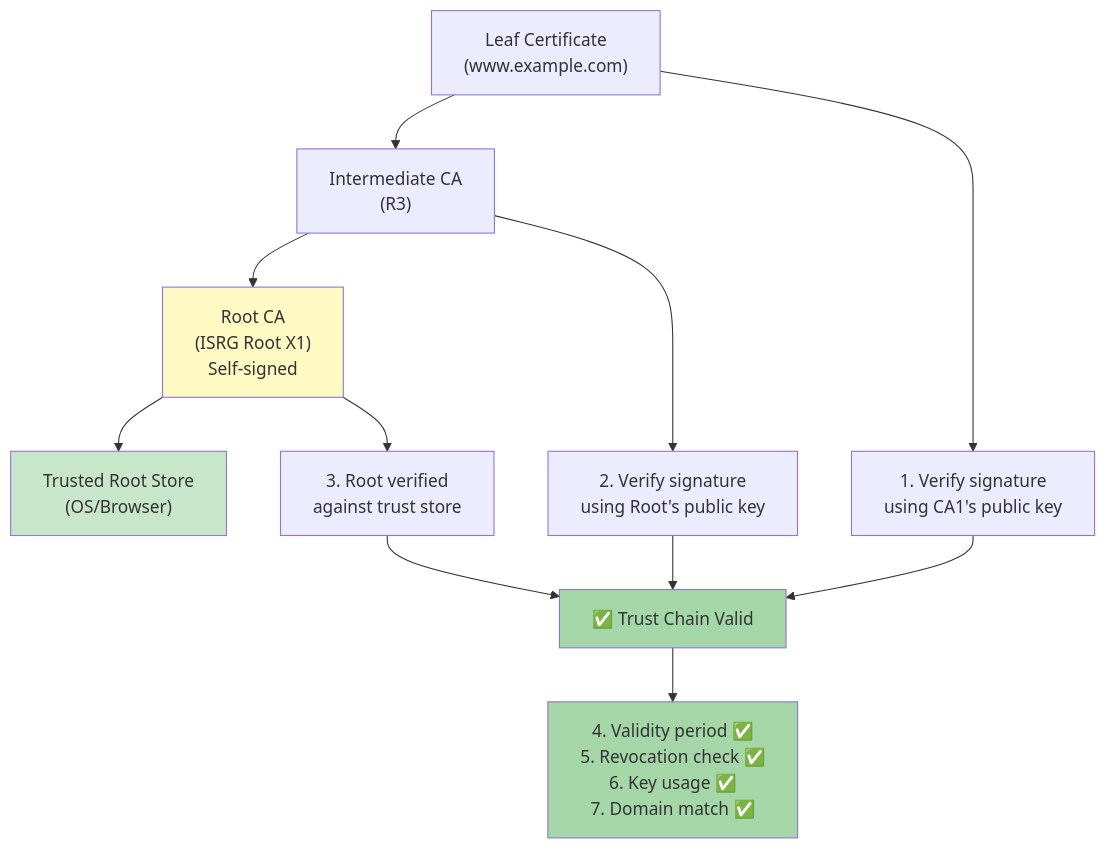
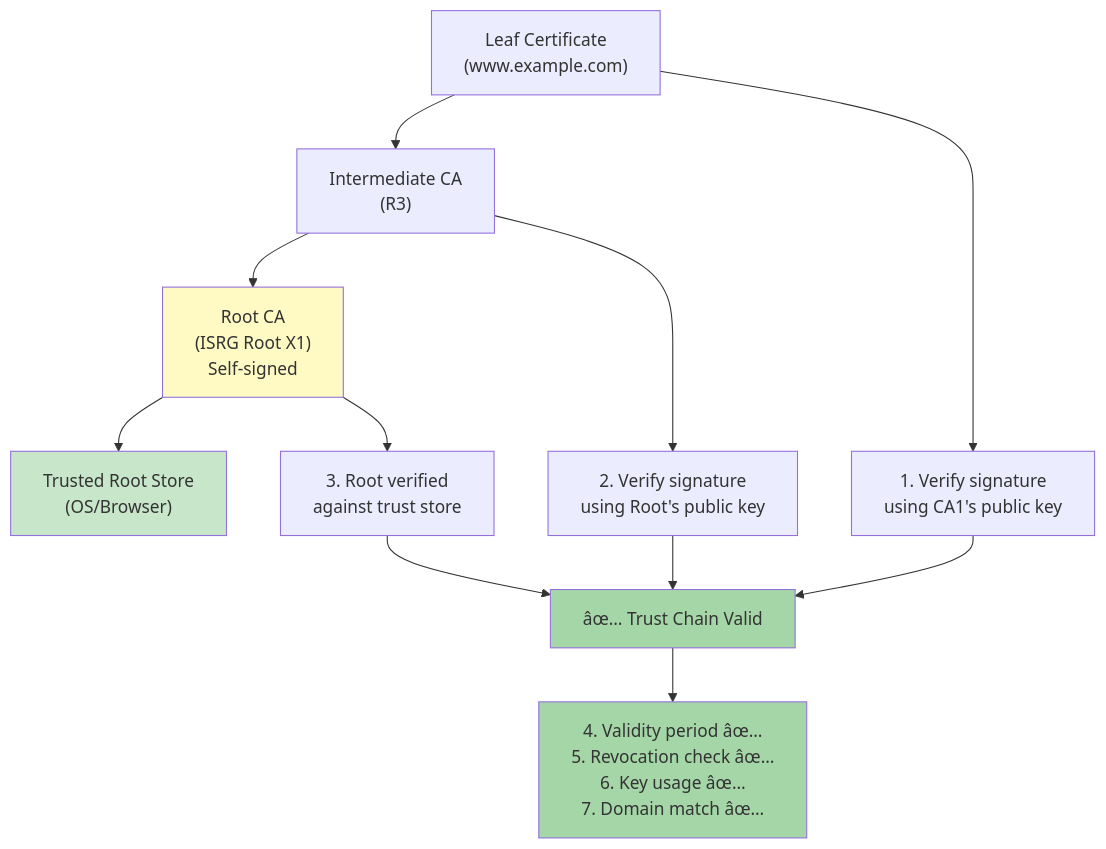
The second of 4 diagrams in docs/courses/information-security/04-digital-signatures-pki.md (Raushan666java/ai-engineering-journey), drawn with Mermaid before and after one commit. The commit also changed other lines of this file and 735 other files, not shown here.

````diff
--- a/docs/courses/information-security/04-digital-signatures-pki.md
+++ b/docs/courses/information-security/04-digital-signatures-pki.md
@@ -171,17 +171,17 @@
 ```mermaid
 flowchart TD
     Leaf["Leaf Certificate<br/>(www.example.com)"] --> CA1["Intermediate CA<br/>(R3)"]
     CA1 --> Root["Root CA<br/>(ISRG Root X1)<br/>Self-signed"]
     Root --> Trust["Trusted Root Store<br/>(OS/Browser)"]
     Leaf --> V1["1. Verify signature<br/>using CA1's public key"]
     CA1 --> V2["2. Verify signature<br/>using Root's public key"]
     Root --> V3["3. Root verified<br/>against trust store"]
-    V1 --> Chain["✅ Trust Chain Valid"]
+    V1 --> Chain["âœ… Trust Chain Valid"]
     V2 --> Chain
     V3 --> Chain
-    Chain --> Check["4. Validity period ✅<br/>5. Revocation check ✅<br/>6. Key usage ✅<br/>7. Domain match ✅"]
+    Chain --> Check["4. Validity period âœ…<br/>5. Revocation check âœ…<br/>6. Key usage âœ…<br/>7. Domain match âœ…"]
     style Root fill:#fff9c4
     style Trust fill:#c8e6c9
     style Chain fill:#a5d6a7
     style Check fill:#a5d6a7
 ```
````
